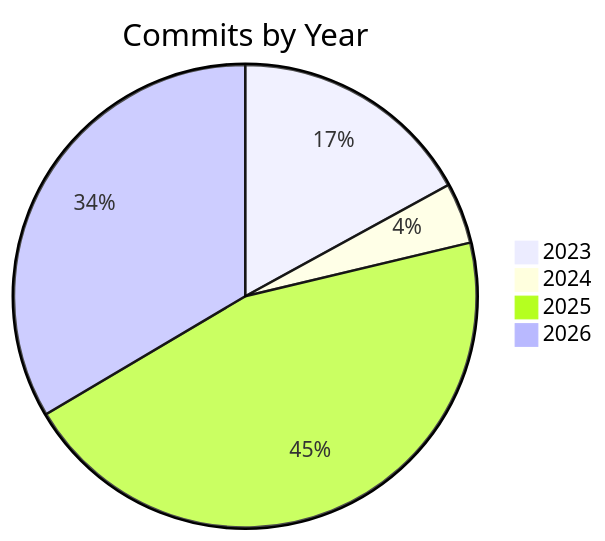
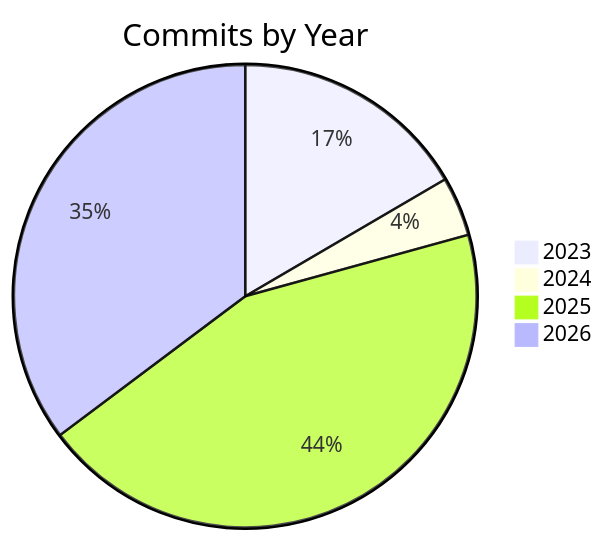
The diagram in digest.md (Wycott/WordWheelPlayer), drawn with Mermaid before and after one commit. The commit also changed other lines of this file, not shown here.

````diff
--- a/digest.md
+++ b/digest.md
@@ -42,7 +49,7 @@
 ```mermaid
 pie title Commits by Year
     "2023" : 32
     "2024" : 8
     "2025" : 85
-    "2026" : 63
+    "2026" : 68
 ```
````
